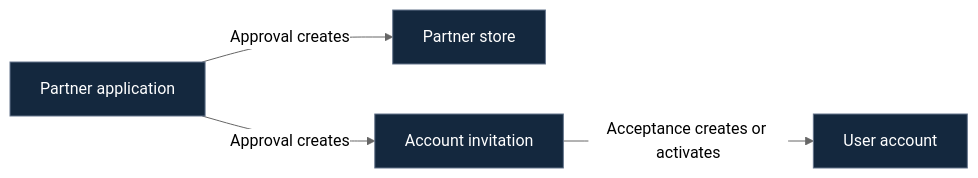
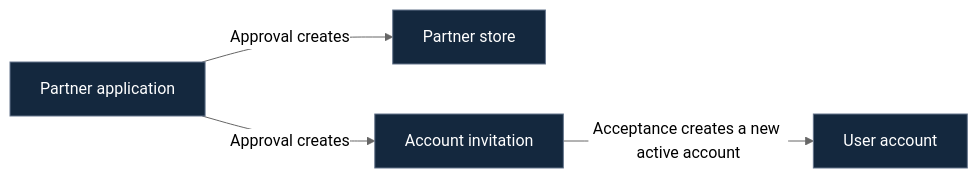
Before and after one commit to B-A-D-R-SL/iris: the second of 2 diagrams in docs/03-design/domain-model.md, drawn with Mermaid (neutral theme). The commit also changed other lines of this file and 19 other files, not shown here.

Commit message:
T-01.04.2 feat(accounts): add invitation model and acceptance API

````diff
--- a/docs/03-design/domain-model.md
+++ b/docs/03-design/domain-model.md
@@ -91,15 +91,15 @@
 ```mermaid
 
 flowchart LR
     PartnerApplication["Partner application"]
     Store["Partner store"]
     Invitation["Account invitation"]
     User["User account"]
 
     PartnerApplication -->|"Approval creates"| Store
     PartnerApplication -->|"Approval creates"| Invitation
-    Invitation -->|"Acceptance creates or activates"| User
+    Invitation -->|"Acceptance creates a new active account"| User
 
     classDef concept fill:#14283e,stroke:#64748b,color:#ffffff;
     class PartnerApplication,Store,Invitation,User concept;
 ```
````
